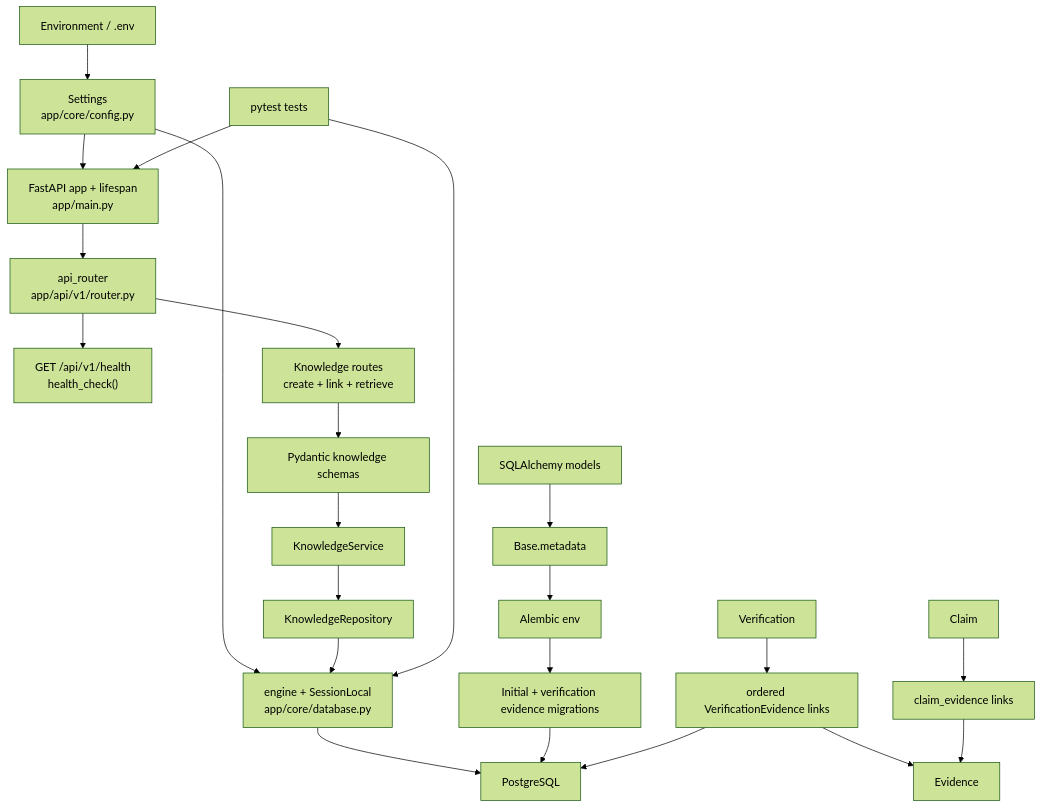
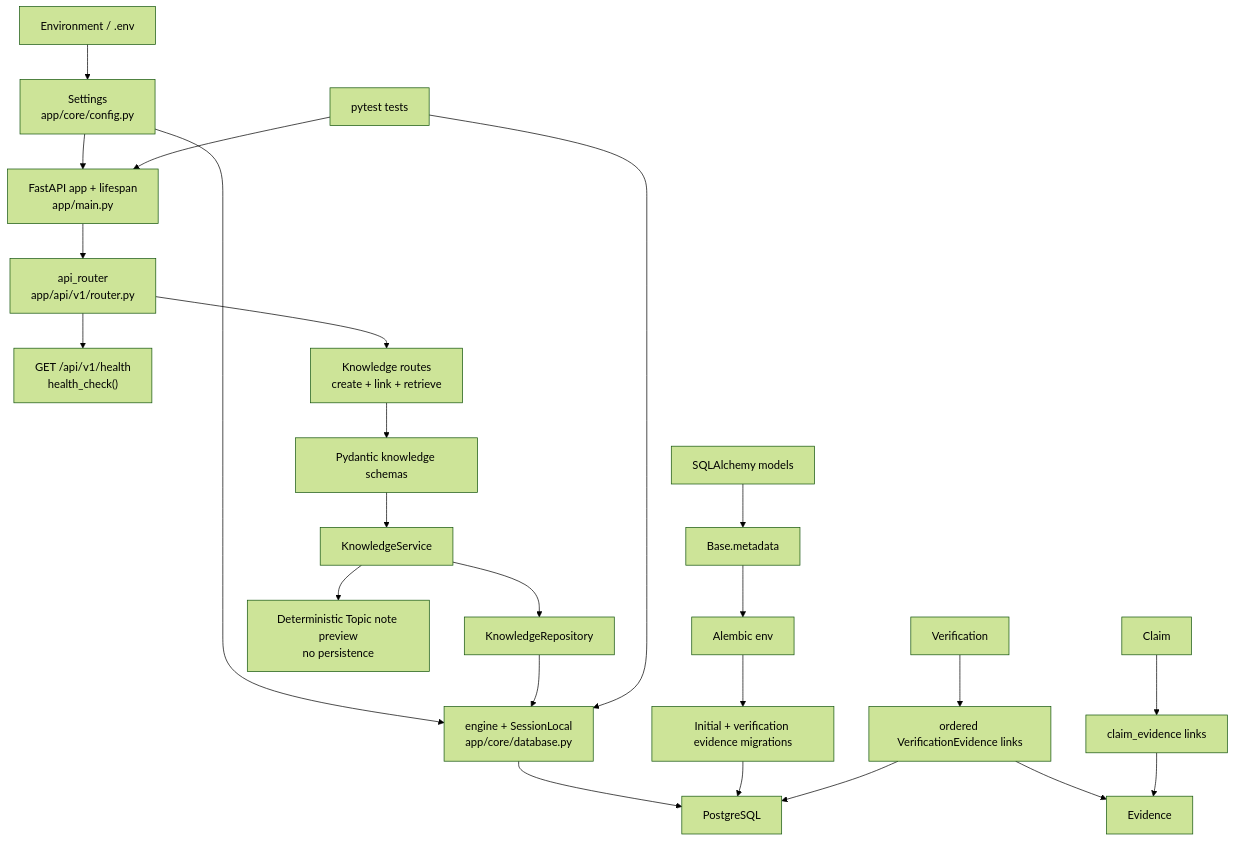
One commit to Dyuti60/assam-exam-ai changed the first of 11 diagrams in docs/workflow.md. Above: the diagram before and after it, drawn with Mermaid (forest theme). The commit also changed other lines of this file and 7 other files, not shown here.

Commit message:
feat: add deterministic topic note draft preview

````diff
--- a/docs/workflow.md
+++ b/docs/workflow.md
@@ -9,25 +9,26 @@
 ```mermaid
 flowchart TD
     ENV["Environment / .env"] --> CFG["Settings\napp/core/config.py"]
     CFG --> APP["FastAPI app + lifespan\napp/main.py"]
     CFG --> DB["engine + SessionLocal\napp/core/database.py"]
     APP --> V1["api_router\napp/api/v1/router.py"]
     V1 --> HEALTH["GET /api/v1/health\nhealth_check()"]
     V1 --> KNOWLEDGE["Knowledge routes\ncreate + link + retrieve"]
     KNOWLEDGE --> CONTRACTS["Pydantic knowledge schemas"]
     CONTRACTS --> SERVICE["KnowledgeService"]
     SERVICE --> REPOSITORY["KnowledgeRepository"]
     REPOSITORY --> DB
+    SERVICE --> PREVIEW["Deterministic Topic note preview\nno persistence"]
     DB --> POSTGRES["PostgreSQL"]
     MODELS["SQLAlchemy models"] --> META["Base.metadata"]
     META --> ALEMBIC["Alembic env"]
     ALEMBIC --> MIGRATION["Initial + verification evidence migrations"]
     MIGRATION --> POSTGRES
     VERIFICATION["Verification"] --> LINKS["ordered VerificationEvidence links"]
     LINKS --> EVIDENCE["Evidence"]
     CLAIM["Claim"] --> RELEVANT["claim_evidence links"]
     RELEVANT --> EVIDENCE
     LINKS --> POSTGRES
     TESTS["pytest tests"] --> APP
     TESTS --> DB
 ```
````
